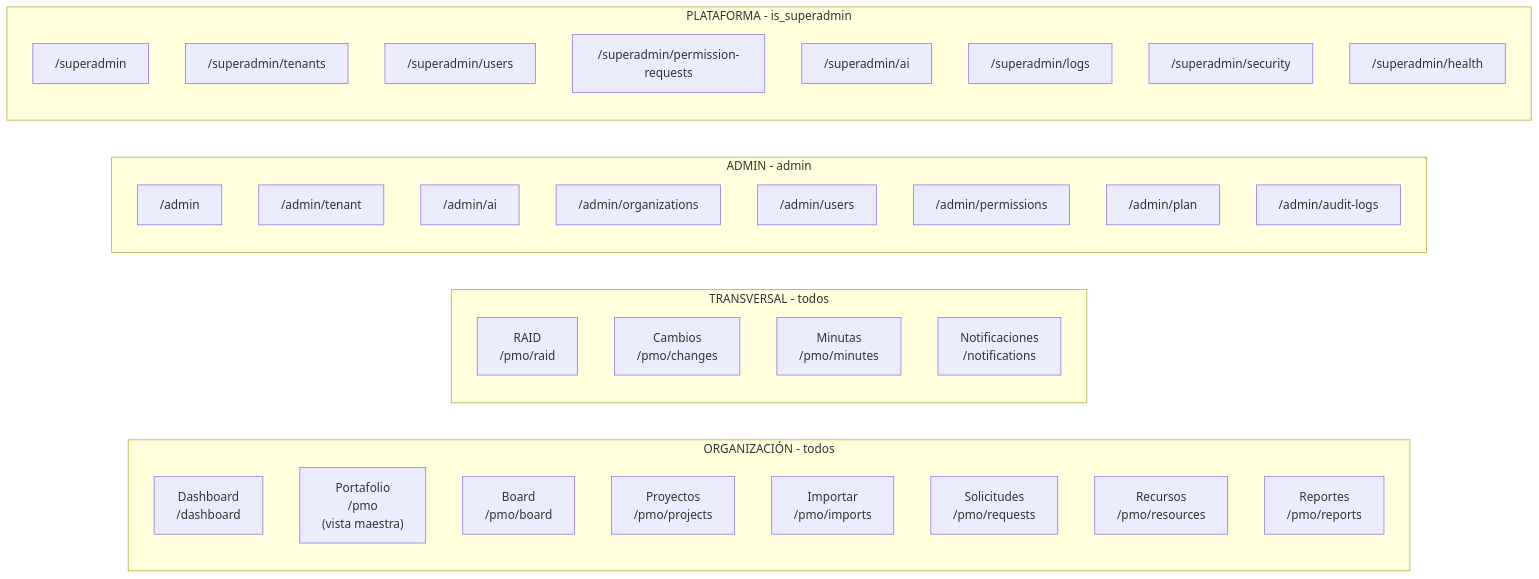
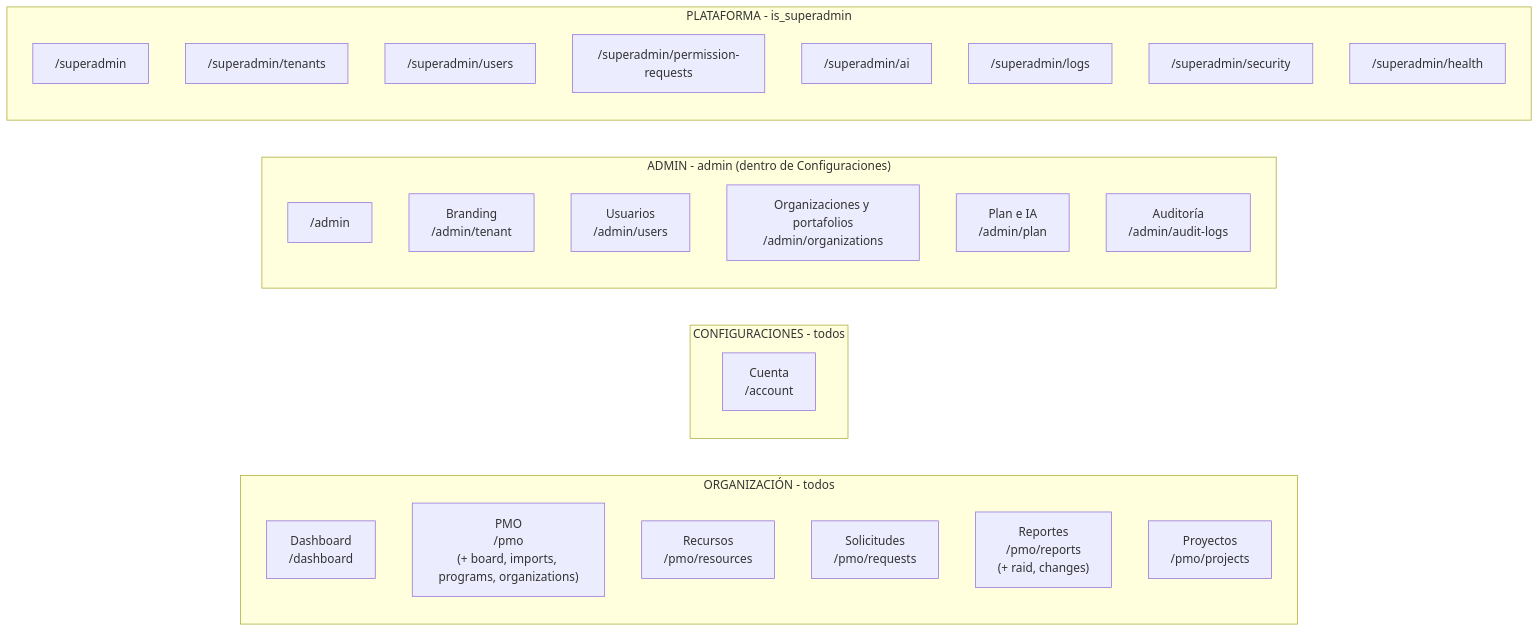
The second of 8 diagrams in docs/architecture/navigation.md (xguilxr/pmo_aas), drawn with Mermaid before and after one commit. The commit also changed other lines of this file and 4 other files, not shown here.

````diff
--- a/docs/architecture/navigation.md
+++ b/docs/architecture/navigation.md
@@ -184,42 +186,35 @@
 ```mermaid
 flowchart LR
     subgraph ORG ["ORGANIZACIÓN - todos"]
         N1["Dashboard<br/>/dashboard"]
-        N2["Portafolio<br/>/pmo<br/>(vista maestra)"]
-        N2b["Board<br/>/pmo/board"]
+        N2["PMO<br/>/pmo<br/>(+ board, imports, programs, organizations)"]
+        N5["Recursos<br/>/pmo/resources"]
+        N4["Solicitudes<br/>/pmo/requests"]
+        N6["Reportes<br/>/pmo/reports<br/>(+ raid, changes)"]
         N3["Proyectos<br/>/pmo/projects"]
-        N3b["Importar<br/>/pmo/imports"]
-        N4["Solicitudes<br/>/pmo/requests"]
-        N5["Recursos<br/>/pmo/resources"]
-        N6["Reportes<br/>/pmo/reports"]
     end
 
-    subgraph TRANS ["TRANSVERSAL - todos"]
-        T1["RAID<br/>/pmo/raid"]
-        T2["Cambios<br/>/pmo/changes"]
-        T3["Minutas<br/>/pmo/minutes"]
-        T4["Notificaciones<br/>/notifications"]
+    subgraph CFG_NAV ["CONFIGURACIONES - todos"]
+        C1["Cuenta<br/>/account"]
     end
 
-    subgraph ADMIN_NAV ["ADMIN - admin"]
+    subgraph ADMIN_NAV ["ADMIN - admin (dentro de Configuraciones)"]
         A0["/admin"]
-        A1["/admin/tenant"]
-        A2["/admin/ai"]
-        A3["/admin/organizations"]
-        A4["/admin/users"]
-        A5["/admin/permissions"]
-        A5b["/admin/plan"]
-        A6["/admin/audit-logs"]
+        A1["Branding<br/>/admin/tenant"]
+        A4["Usuarios<br/>/admin/users"]
+        A3["Organizaciones y portafolios<br/>/admin/organizations"]
+        A5b["Plan e IA<br/>/admin/plan"]
+        A6["Auditoría<br/>/admin/audit-logs"]
     end
 
     subgraph SUPER_NAV ["PLATAFORMA - is_superadmin"]
         S1["/superadmin"]
         S2["/superadmin/tenants"]
         S3["/superadmin/users"]
         S4["/superadmin/permission-requests"]
         S5["/superadmin/ai"]
         S6["/superadmin/logs"]
         S7["/superadmin/security"]
         S8["/superadmin/health"]
     end
 ```
````
